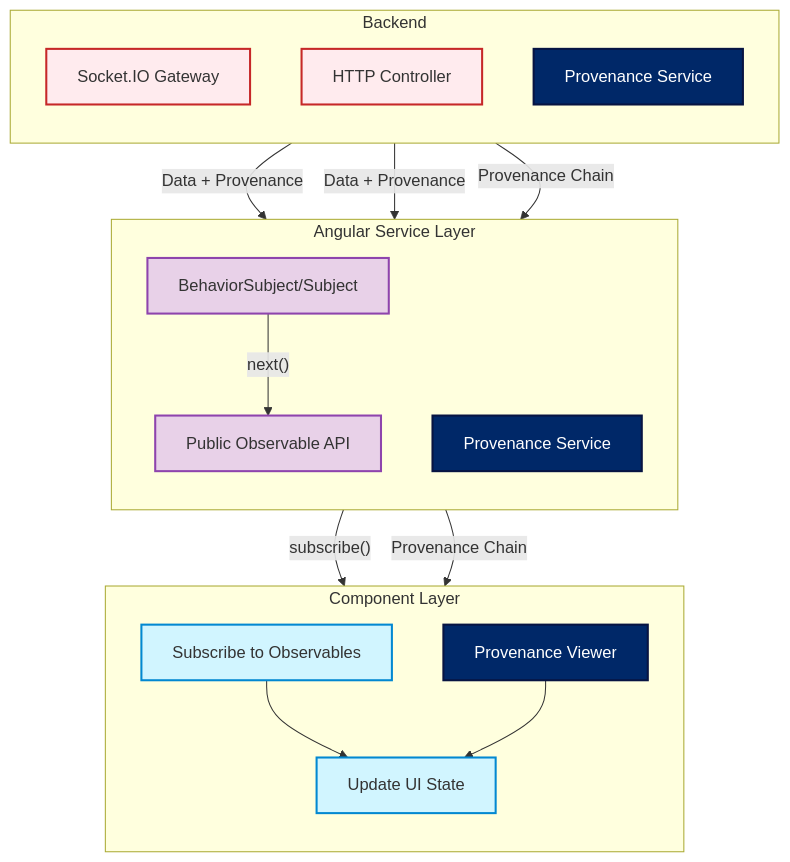
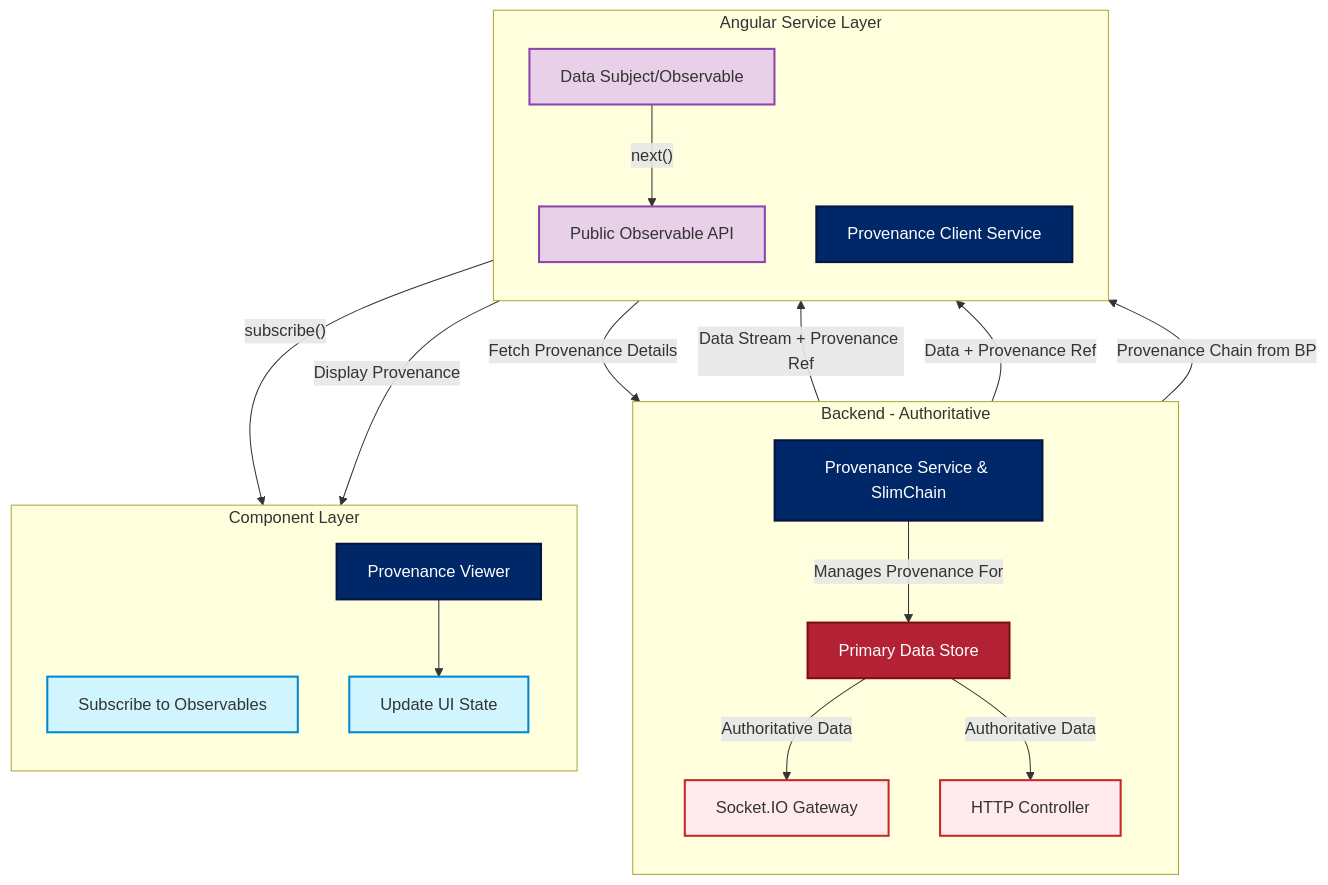
One commit to JeffreySanford/forge-board changed the fourth of 5 diagrams in forgeboard-frontend/src/assets/documentation/FRONTEND-API-ARCHITECTURE.md. Above: the diagram before and after it, drawn with Mermaid. The commit also changed other lines of this file and 53 other files, not shown here.

````diff
--- a/forgeboard-frontend/src/assets/documentation/FRONTEND-API-ARCHITECTURE.md
+++ b/forgeboard-frontend/src/assets/documentation/FRONTEND-API-ARCHITECTURE.md
@@ -189,37 +201,44 @@
 ```mermaid
 flowchart TD
-  subgraph Backend [Backend]
+  subgraph Backend [Backend - Authoritative]
     direction TB
     BE[Socket.IO Gateway]:::backend
     BH[HTTP Controller]:::backend
-    BP[Provenance Service]:::provenance
+    BP[Provenance Service & SlimChain]:::provenance
+    DS[Primary Data Store]:::datastore
   end
   subgraph ServiceLayer [Angular Service Layer]
     direction TB
-    S1[BehaviorSubject/Subject]:::service
+    S1[Data Subject/Observable]:::service
     S2[Public Observable API]:::service
-    PS[Provenance Service]:::provenance
+    PSC[Provenance Client Service]:::provenance_client
   end
   subgraph ComponentLayer [Component Layer]
     direction TB
     C1[Subscribe to Observables]:::component
     C2[Update UI State]:::component
-    PV[Provenance Viewer]:::provenance
+    PV[Provenance Viewer]:::provenance_client
   end
 
-  BE -- "Data + Provenance" --> S1
-  BH -- "Data + Provenance" --> S1
-  BP -- "Provenance Chain" --> PS
+  DS -- "Authoritative Data" --> BE
+  DS -- "Authoritative Data" --> BH
+  BP -- "Manages Provenance For" --> DS
+  
+  BE -- "Data Stream + Provenance Ref" --> S1
+  BH -- "Data + Provenance Ref" --> S1
   
   S1 -- "next()" --> S2
   S2 -- "subscribe()" --> C1
-  PS -- "Provenance Chain" --> PV
   
-  C1 --> C2
+  PSC -- "Fetch Provenance Details" --> BH
+  BH -- "Provenance Chain from BP" --> PSC
+  PSC -- "Display Provenance" --> PV
   PV --> C2
 
   classDef backend fill:#FFEBEE,stroke:#C62828,stroke-width:2px;
+  classDef datastore fill:#B22234,stroke:#7D100E,stroke-width:2px,color:#fff;
   classDef provenance fill:#002868,stroke:#071442,stroke-width:2px,color:#FFFFFF;
+  classDef provenance_client fill:#002868,stroke:#071442,stroke-width:2px,color:#FFFFFF;
   classDef service fill:#E8D1E8,stroke:#8E44AD,stroke-width:2px;
   classDef component fill:#D1F5FF,stroke:#0288D1,stroke-width:2px;
 ```
````
